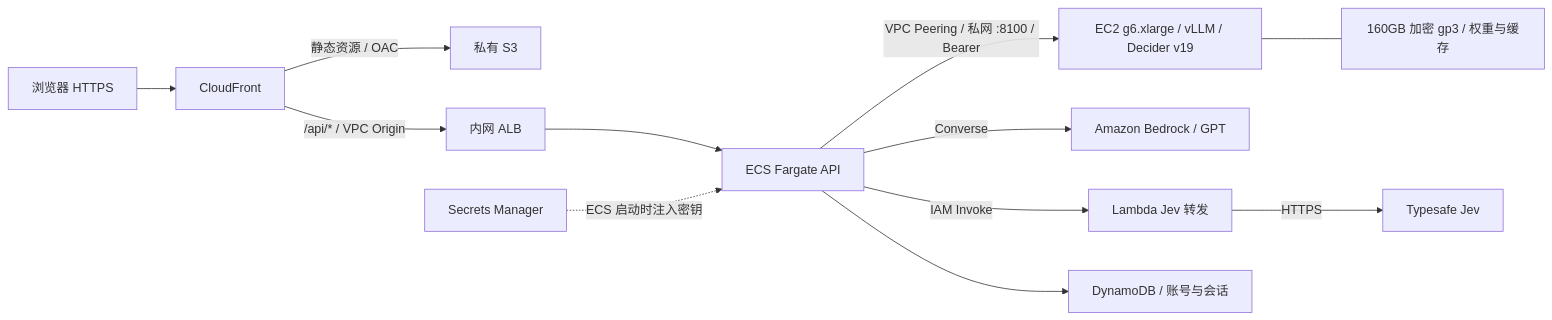
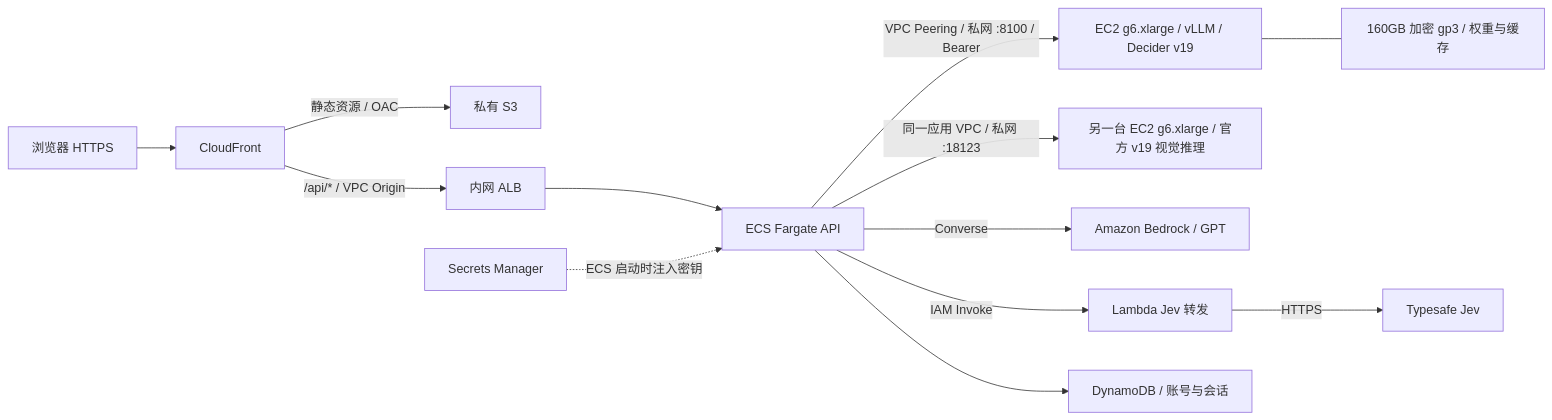
The diagram in deployment/README.md (milan9527/StrandsDecider), drawn with Mermaid before and after one commit. The commit also changed other lines of this file and 106 other files, not shown here.

````diff
--- a/deployment/README.md
+++ b/deployment/README.md
@@ -7,14 +7,15 @@
 ```mermaid
 flowchart LR
     Browser[浏览器 HTTPS] --> CF[CloudFront]
     CF -->|静态资源 / OAC| S3[私有 S3]
     CF -->|/api/* / VPC Origin| ALB[内网 ALB]
     ALB --> API[ECS Fargate API]
     API -->|VPC Peering / 私网 :8100 / Bearer| Model[EC2 g6.xlarge / vLLM / Decider v19]
+    API -->|同一应用 VPC / 私网 :18123| Vision[另一台 EC2 g6.xlarge / 官方 v19 视觉推理]
     Model --- EBS[160GB 加密 gp3 / 权重与缓存]
     Secret[Secrets Manager] -. ECS 启动时注入密钥 .-> API
     API -->|Converse| Bedrock[Amazon Bedrock / GPT]
     API -->|IAM Invoke| Bridge[Lambda Jev 转发]
     Bridge -->|HTTPS| Jev[Typesafe Jev]
     API --> Auth[DynamoDB / 账号与会话]
 ```
````
